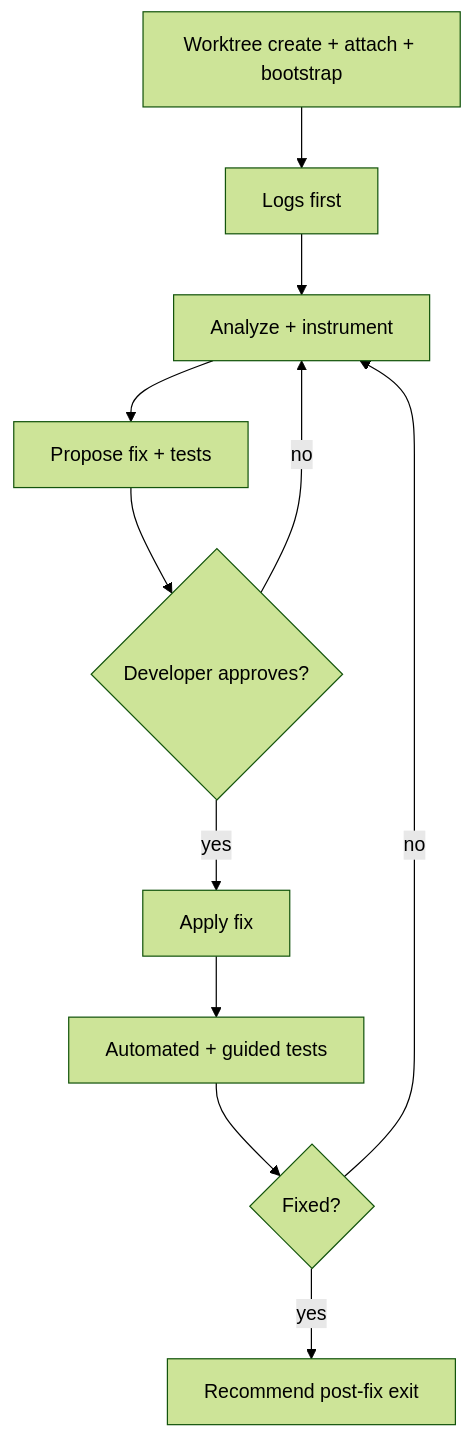
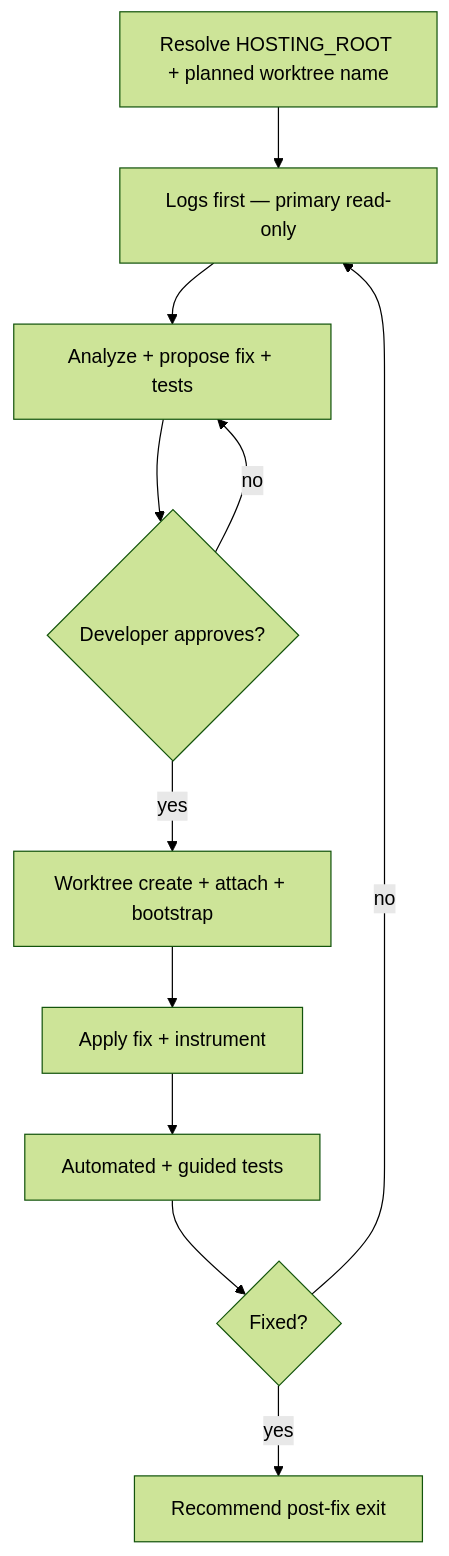
Before and after one commit to sedea-ai/research-and-development: the diagram in missions/debug-and-fix/skills/debug-and-fix/SKILL.md, drawn with Mermaid (forest theme). The commit also changed other lines of this file and 1 other file, not shown here.

Commit message:
fix(debug-and-fix): primary read-only diagnose before worktree apply (#279)

````diff
--- a/missions/debug-and-fix/skills/debug-and-fix/SKILL.md
+++ b/missions/debug-and-fix/skills/debug-and-fix/SKILL.md
@@ -68,13 +68,13 @@
 ```mermaid
 flowchart TD
-  A[Worktree create + attach + bootstrap] --> B[Logs first]
-  B --> C[Analyze + instrument]
-  C --> D[Propose fix + tests]
-  D --> E{Developer approves?}
-  E -->|no| C
-  E -->|yes| F[Apply fix]
+  A[Resolve HOSTING_ROOT + planned worktree name] --> B[Logs first — primary read-only]
+  B --> C[Analyze + propose fix + tests]
+  C --> D{Developer approves?}
+  D -->|no| C
+  D -->|yes| E[Worktree create + attach + bootstrap]
+  E --> F[Apply fix + instrument]
   F --> G[Automated + guided tests]
   G --> H{Fixed?}
-  H -->|no| C
+  H -->|no| B
   H -->|yes| I[Recommend post-fix exit]
 ```
````
